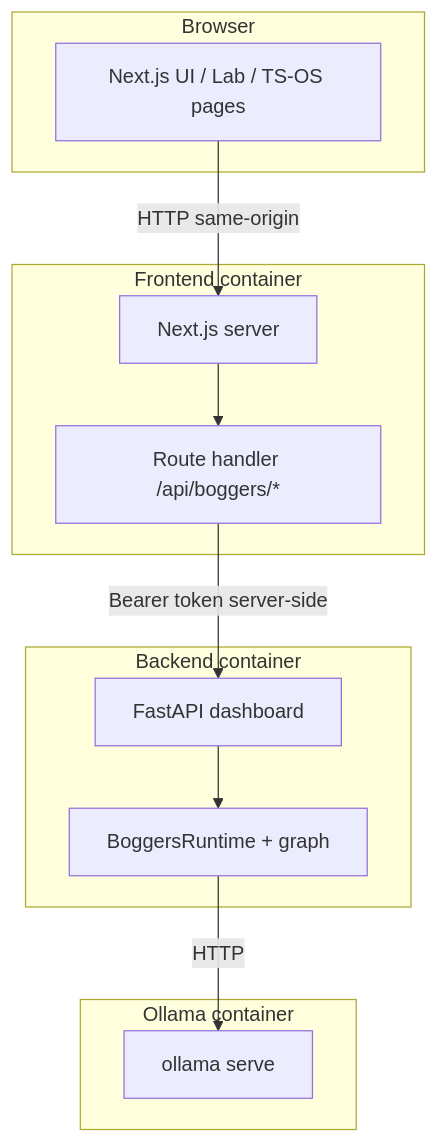
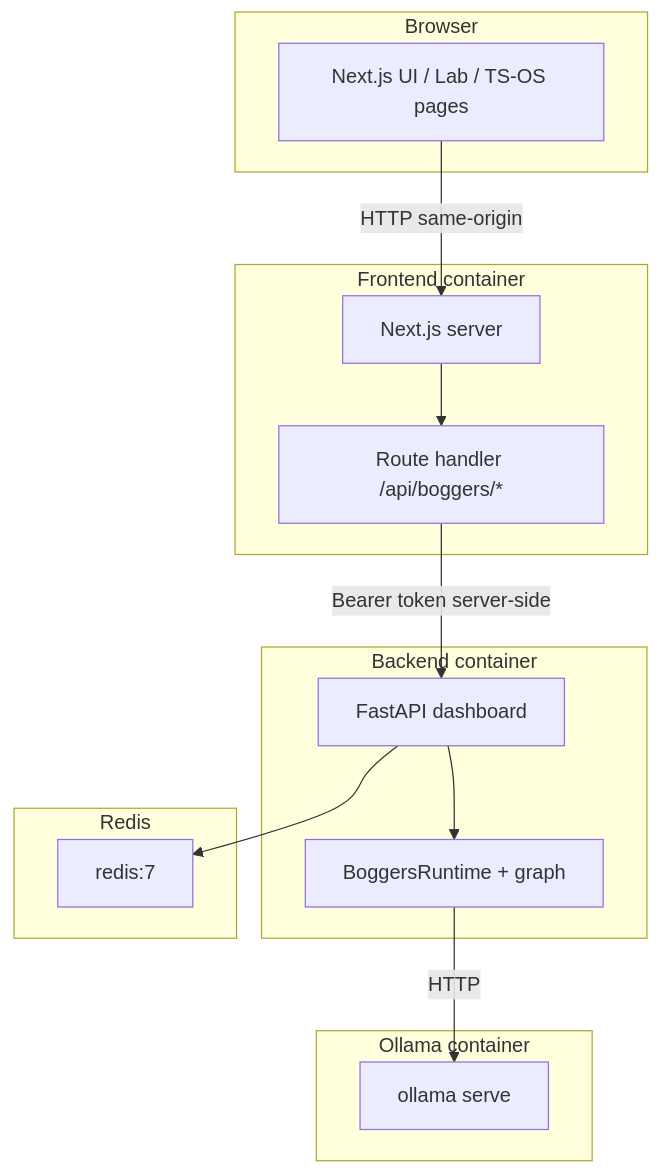
The diagram in README.md (BoggersTheFish/BoggersTheAI-Dev), drawn with Mermaid before and after one commit. The commit also changed other lines of this file and 36 other files, not shown here.

````diff
--- a/README.md
+++ b/README.md
@@ -53,26 +54,31 @@
 ```mermaid
 flowchart TB
   subgraph browser [Browser]
     UI[Next.js UI / Lab / TS-OS pages]
   end
 
   subgraph next [Frontend container]
     NR[Next.js server]
     PH["Route handler /api/boggers/*"]
   end
 
   subgraph py [Backend container]
     API[FastAPI dashboard]
     RT[BoggersRuntime + graph]
   end
 
   subgraph llm [Ollama container]
     OL[ollama serve]
   end
 
+  subgraph cache [Redis]
+    RD[redis:7]
+  end
+
   UI -->|HTTP same-origin| NR
   NR --> PH
   PH -->|"Bearer token server-side"| API
   API --> RT
+  API --> RD
   RT -->|HTTP| OL
 ```
````
